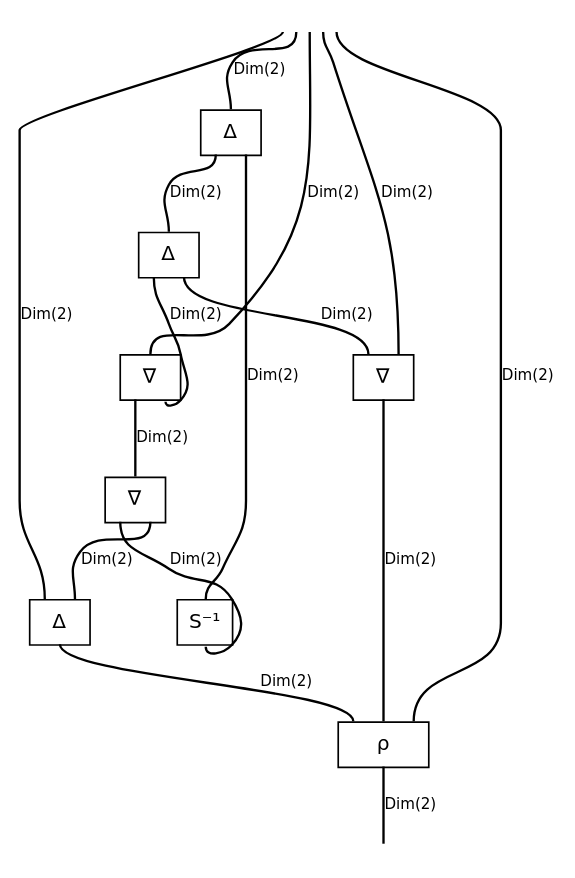
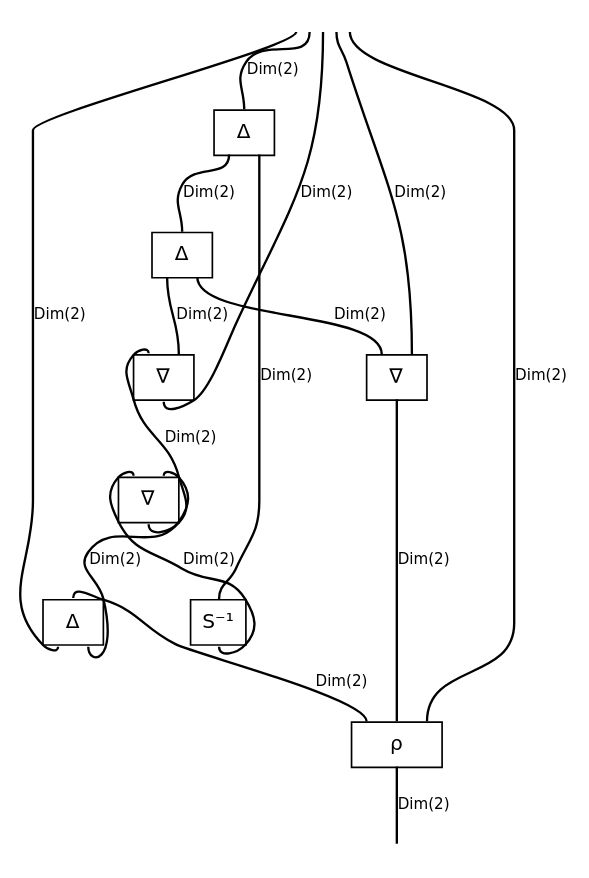
Before and after one commit to discopy/discopy: the diagram in docs/_static/hopf/module.dot, drawn with Graphviz. The commit also changed 6 other files, not shown here.

```diff
--- a/docs/_static/hopf/module.dot
+++ b/docs/_static/hopf/module.dot
@@ -1,32 +1,32 @@
 graph cmap {
   graph [bgcolor="white", fontname="DejaVu Sans", layout="dot", margin="0.04", outputorder="edgesfirst", overlap="false", rankdir="TB", splines="true"];
   node [color="black", fontname="DejaVu Sans", fontsize="12", margin="0", shape="plain"];
   edge [color="black", fontname="DejaVu Sans", fontsize="9", headclip="true", penwidth="1.4", tailclip="true"];
   v0 [label=<<TABLE BORDER="0" CELLBORDER="0" CELLSPACING="0"><TR><TD PORT="p5" TOOLTIP="dom 0: Dim(2) (up, up)" BORDER="0" CELLPADDING="0" COLSPAN="2" WIDTH="36" HEIGHT="0"></TD></TR><TR><TD BORDER="1" CELLPADDING="6" COLSPAN="2" WIDTH="36">Δ</TD></TR><TR><TD PORT="p7" TOOLTIP="cod 0: Dim(2) (down, down)" BORDER="0" CELLPADDING="0" COLSPAN="1" WIDTH="18" HEIGHT="0"></TD><TD PORT="p6" TOOLTIP="cod 1: Dim(2) (down, down)" BORDER="0" CELLPADDING="0" COLSPAN="1" WIDTH="18" HEIGHT="0"></TD></TR></TABLE>>];
   v1 [label=<<TABLE BORDER="0" CELLBORDER="0" CELLSPACING="0"><TR><TD PORT="p8" TOOLTIP="dom 0: Dim(2) (up, up)" BORDER="0" CELLPADDING="0" COLSPAN="2" WIDTH="36" HEIGHT="0"></TD></TR><TR><TD BORDER="1" CELLPADDING="6" COLSPAN="2" WIDTH="36">Δ</TD></TR><TR><TD PORT="p10" TOOLTIP="cod 0: Dim(2) (down, down)" BORDER="0" CELLPADDING="0" COLSPAN="1" WIDTH="18" HEIGHT="0"></TD><TD PORT="p9" TOOLTIP="cod 1: Dim(2) (down, down)" BORDER="0" CELLPADDING="0" COLSPAN="1" WIDTH="18" HEIGHT="0"></TD></TR></TABLE>>];
-  v2 [label=<<TABLE BORDER="0" CELLBORDER="0" CELLSPACING="0"><TR><TD PORT="p11" TOOLTIP="dom 0: Dim(2) (up, up)" BORDER="0" CELLPADDING="0" COLSPAN="2" WIDTH="36" HEIGHT="0"></TD></TR><TR><TD BORDER="1" CELLPADDING="6" COLSPAN="2" WIDTH="36">∇</TD></TR><TR><TD PORT="p13" TOOLTIP="cod 0: Dim(2) (down, down)" BORDER="0" CELLPADDING="0" COLSPAN="1" WIDTH="18" HEIGHT="0"></TD><TD PORT="p12" TOOLTIP="cod 1: Dim(2) (down, down)" BORDER="0" CELLPADDING="0" COLSPAN="1" WIDTH="18" HEIGHT="0"></TD></TR></TABLE>>];
-  v3 [label=<<TABLE BORDER="0" CELLBORDER="0" CELLSPACING="0"><TR><TD PORT="p14" TOOLTIP="dom 0: Dim(2) (up, up)" BORDER="0" CELLPADDING="0" COLSPAN="2" WIDTH="36" HEIGHT="0"></TD></TR><TR><TD BORDER="1" CELLPADDING="6" COLSPAN="2" WIDTH="36">∇</TD></TR><TR><TD PORT="p16" TOOLTIP="cod 0: Dim(2) (down, down)" BORDER="0" CELLPADDING="0" COLSPAN="1" WIDTH="18" HEIGHT="0"></TD><TD PORT="p15" TOOLTIP="cod 1: Dim(2) (down, down)" BORDER="0" CELLPADDING="0" COLSPAN="1" WIDTH="18" HEIGHT="0"></TD></TR></TABLE>>];
+  v2 [label=<<TABLE BORDER="0" CELLBORDER="0" CELLSPACING="0"><TR><TD PORT="p11" TOOLTIP="dom 0: Dim(2) (up, up)" BORDER="0" CELLPADDING="0" COLSPAN="1" WIDTH="18" HEIGHT="0"></TD><TD PORT="p12" TOOLTIP="dom 1: Dim(2) (up, up)" BORDER="0" CELLPADDING="0" COLSPAN="1" WIDTH="18" HEIGHT="0"></TD></TR><TR><TD BORDER="1" CELLPADDING="6" COLSPAN="2" WIDTH="36">∇</TD></TR><TR><TD PORT="p13" TOOLTIP="cod 0: Dim(2) (down, down)" BORDER="0" CELLPADDING="0" COLSPAN="2" WIDTH="36" HEIGHT="0"></TD></TR></TABLE>>];
+  v3 [label=<<TABLE BORDER="0" CELLBORDER="0" CELLSPACING="0"><TR><TD PORT="p14" TOOLTIP="dom 0: Dim(2) (up, up)" BORDER="0" CELLPADDING="0" COLSPAN="1" WIDTH="18" HEIGHT="0"></TD><TD PORT="p15" TOOLTIP="dom 1: Dim(2) (up, up)" BORDER="0" CELLPADDING="0" COLSPAN="1" WIDTH="18" HEIGHT="0"></TD></TR><TR><TD BORDER="1" CELLPADDING="6" COLSPAN="2" WIDTH="36">∇</TD></TR><TR><TD PORT="p16" TOOLTIP="cod 0: Dim(2) (down, down)" BORDER="0" CELLPADDING="0" COLSPAN="2" WIDTH="36" HEIGHT="0"></TD></TR></TABLE>>];
   v4 [label=<<TABLE BORDER="0" CELLBORDER="0" CELLSPACING="0"><TR><TD PORT="p17" TOOLTIP="dom 0: Dim(2) (up, up)" BORDER="0" CELLPADDING="0" COLSPAN="1" WIDTH="18" HEIGHT="0"></TD></TR><TR><TD BORDER="1" CELLPADDING="6" COLSPAN="1" WIDTH="18">S⁻¹</TD></TR><TR><TD PORT="p18" TOOLTIP="cod 0: Dim(2) (down, down)" BORDER="0" CELLPADDING="0" COLSPAN="1" WIDTH="18" HEIGHT="0"></TD></TR></TABLE>>];
-  v5 [label=<<TABLE BORDER="0" CELLBORDER="0" CELLSPACING="0"><TR><TD PORT="p19" TOOLTIP="dom 0: Dim(2) (up, up)" BORDER="0" CELLPADDING="0" COLSPAN="1" WIDTH="18" HEIGHT="0"></TD><TD PORT="p20" TOOLTIP="dom 1: Dim(2) (up, up)" BORDER="0" CELLPADDING="0" COLSPAN="1" WIDTH="18" HEIGHT="0"></TD></TR><TR><TD BORDER="1" CELLPADDING="6" COLSPAN="2" WIDTH="36">Δ</TD></TR><TR><TD PORT="p21" TOOLTIP="cod 0: Dim(2) (down, down)" BORDER="0" CELLPADDING="0" COLSPAN="2" WIDTH="36" HEIGHT="0"></TD></TR></TABLE>>];
+  v5 [label=<<TABLE BORDER="0" CELLBORDER="0" CELLSPACING="0"><TR><TD PORT="p19" TOOLTIP="dom 0: Dim(2) (up, up)" BORDER="0" CELLPADDING="0" COLSPAN="2" WIDTH="36" HEIGHT="0"></TD></TR><TR><TD BORDER="1" CELLPADDING="6" COLSPAN="2" WIDTH="36">Δ</TD></TR><TR><TD PORT="p21" TOOLTIP="cod 0: Dim(2) (down, down)" BORDER="0" CELLPADDING="0" COLSPAN="1" WIDTH="18" HEIGHT="0"></TD><TD PORT="p20" TOOLTIP="cod 1: Dim(2) (down, down)" BORDER="0" CELLPADDING="0" COLSPAN="1" WIDTH="18" HEIGHT="0"></TD></TR></TABLE>>];
   v6 [label=<<TABLE BORDER="0" CELLBORDER="0" CELLSPACING="0"><TR><TD PORT="p22" TOOLTIP="dom 0: Dim(2) (up, up)" BORDER="0" CELLPADDING="0" COLSPAN="1" WIDTH="18" HEIGHT="0"></TD><TD PORT="p23" TOOLTIP="dom 1: Dim(2) (up, up)" BORDER="0" CELLPADDING="0" COLSPAN="1" WIDTH="18" HEIGHT="0"></TD></TR><TR><TD BORDER="1" CELLPADDING="6" COLSPAN="2" WIDTH="36">∇</TD></TR><TR><TD PORT="p24" TOOLTIP="cod 0: Dim(2) (down, down)" BORDER="0" CELLPADDING="0" COLSPAN="2" WIDTH="36" HEIGHT="0"></TD></TR></TABLE>>];
   v7 [label=<<TABLE BORDER="0" CELLBORDER="0" CELLSPACING="0"><TR><TD PORT="p25" TOOLTIP="dom 0: Dim(2) (up, up)" BORDER="0" CELLPADDING="0" COLSPAN="1" WIDTH="18" HEIGHT="0"></TD><TD PORT="p26" TOOLTIP="dom 1: Dim(2) (up, up)" BORDER="0" CELLPADDING="0" COLSPAN="1" WIDTH="18" HEIGHT="0"></TD><TD PORT="p27" TOOLTIP="dom 2: Dim(2) (up, up)" BORDER="0" CELLPADDING="0" COLSPAN="1" WIDTH="18" HEIGHT="0"></TD></TR><TR><TD BORDER="1" CELLPADDING="6" COLSPAN="3" WIDTH="54">ρ</TD></TR><TR><TD PORT="p28" TOOLTIP="cod 0: Dim(2) (down, down)" BORDER="0" CELLPADDING="0" COLSPAN="3" WIDTH="54" HEIGHT="0"></TD></TR></TABLE>>];
   input [label=<<TABLE BORDER="0" CELLBORDER="0" CELLSPACING="0"><TR><TD PORT="p0" TOOLTIP="input 0: Dim(2)" BORDER="0" CELLPADDING="4"></TD><TD PORT="p1" TOOLTIP="input 1: Dim(2)" BORDER="0" CELLPADDING="4"></TD><TD PORT="p2" TOOLTIP="input 2: Dim(2)" BORDER="0" CELLPADDING="4"></TD><TD PORT="p3" TOOLTIP="input 3: Dim(2)" BORDER="0" CELLPADDING="4"></TD><TD PORT="p4" TOOLTIP="input 4: Dim(2)" BORDER="0" CELLPADDING="4"></TD></TR></TABLE>>];
   output [label=<<TABLE BORDER="0" CELLBORDER="0" CELLSPACING="0"><TR><TD PORT="p29" TOOLTIP="output 0: Dim(2)" BORDER="0" CELLPADDING="4"></TD></TR></TABLE>>];
   { rank=min; input; }
   { rank=max; output; }
-  input:p0:s -- v5:p19:n [label="Dim(2)", labeldistance="1.6", len="0.85"];
+  input:p0:s -- v5:p21:s [label="Dim(2)", labeldistance="1.6", len="0.85"];
   input:p1:s -- v0:p5:n [label="Dim(2)", labeldistance="1.6", len="0.85"];
-  input:p2:s -- v2:p11:n [label="Dim(2)", labeldistance="1.6", len="0.85"];
+  input:p2:s -- v2:p13:s [label="Dim(2)", labeldistance="1.6", len="0.85"];
   input:p3:s -- v6:p23:n [label="Dim(2)", labeldistance="1.6", len="0.85"];
   input:p4:s -- v7:p27:n [label="Dim(2)", labeldistance="1.6", len="0.85"];
   v0:p6:s -- v4:p17:n [label="Dim(2)", labeldistance="1.6", len="0.85"];
   v0:p7:s -- v1:p8:n [label="Dim(2)", labeldistance="1.6", len="0.85"];
   v1:p9:s -- v6:p22:n [label="Dim(2)", labeldistance="1.6", len="0.85"];
-  v1:p10:s -- v2:p12:s [label="Dim(2)", labeldistance="1.6", len="0.85"];
-  v2:p13:s -- v3:p14:n [label="Dim(2)", labeldistance="1.6", len="0.85"];
-  v3:p15:s -- v5:p20:n [label="Dim(2)", labeldistance="1.6", len="0.85"];
-  v3:p16:s -- v4:p18:s [label="Dim(2)", labeldistance="1.6", len="0.85"];
-  v5:p21:s -- v7:p25:n [label="Dim(2)", labeldistance="1.6", len="0.85"];
+  v1:p10:s -- v2:p12:n [label="Dim(2)", labeldistance="1.6", len="0.85"];
+  v2:p11:n -- v3:p16:s [label="Dim(2)", labeldistance="1.6", len="0.85"];
+  v3:p14:n -- v4:p18:s [label="Dim(2)", labeldistance="1.6", len="0.85"];
+  v3:p15:n -- v5:p20:s [label="Dim(2)", labeldistance="1.6", len="0.85"];
+  v5:p19:n -- v7:p25:n [label="Dim(2)", labeldistance="1.6", len="0.85"];
   v6:p24:s -- v7:p26:n [label="Dim(2)", labeldistance="1.6", len="0.85"];
   v7:p28:s -- output:p29:n [label="Dim(2)", labeldistance="1.6", len="0.85"];
 }
```
